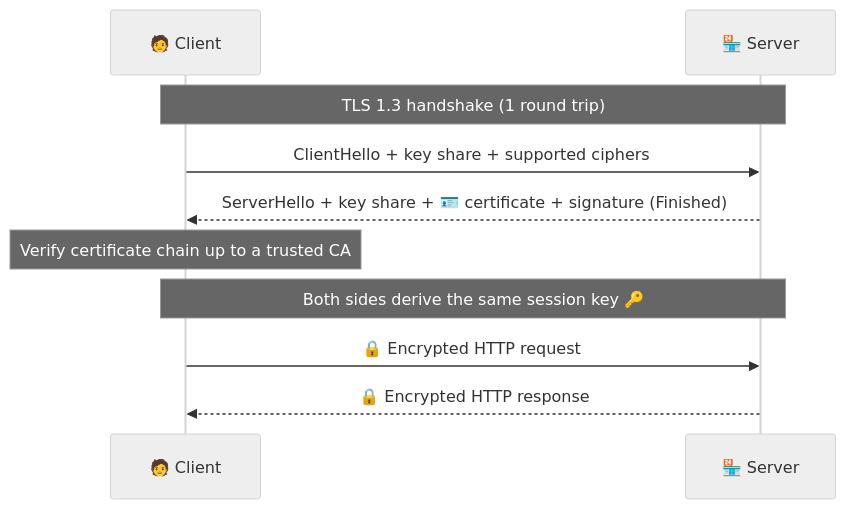
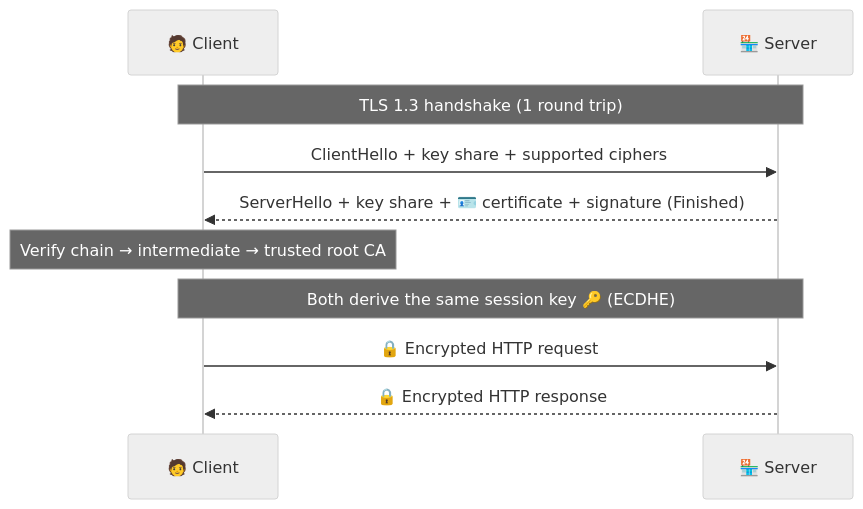
One commit to winnyboy5/System-Design-from-Atoms changed the diagram in phases/02-networking/013-https-and-tls.md. Above: the diagram before and after it, drawn with Mermaid (neutral theme). The commit also changed other lines of this file and 7 other files, not shown here.

````diff
--- a/phases/02-networking/013-https-and-tls.md
+++ b/phases/02-networking/013-https-and-tls.md
@@ -28,12 +42,12 @@
 ```mermaid
 sequenceDiagram
     participant C as 🧑 Client
     participant S as 🏪 Server
     Note over C,S: TLS 1.3 handshake (1 round trip)
     C->>S: ClientHello + key share + supported ciphers
     S-->>C: ServerHello + key share + 🪪 certificate + signature (Finished)
-    Note over C: Verify certificate chain up to a trusted CA
-    Note over C,S: Both sides derive the same session key 🔑
+    Note over C: Verify chain → intermediate → trusted root CA
+    Note over C,S: Both derive the same session key 🔑 (ECDHE)
     C->>S: 🔒 Encrypted HTTP request
     S-->>C: 🔒 Encrypted HTTP response
 ```
````
